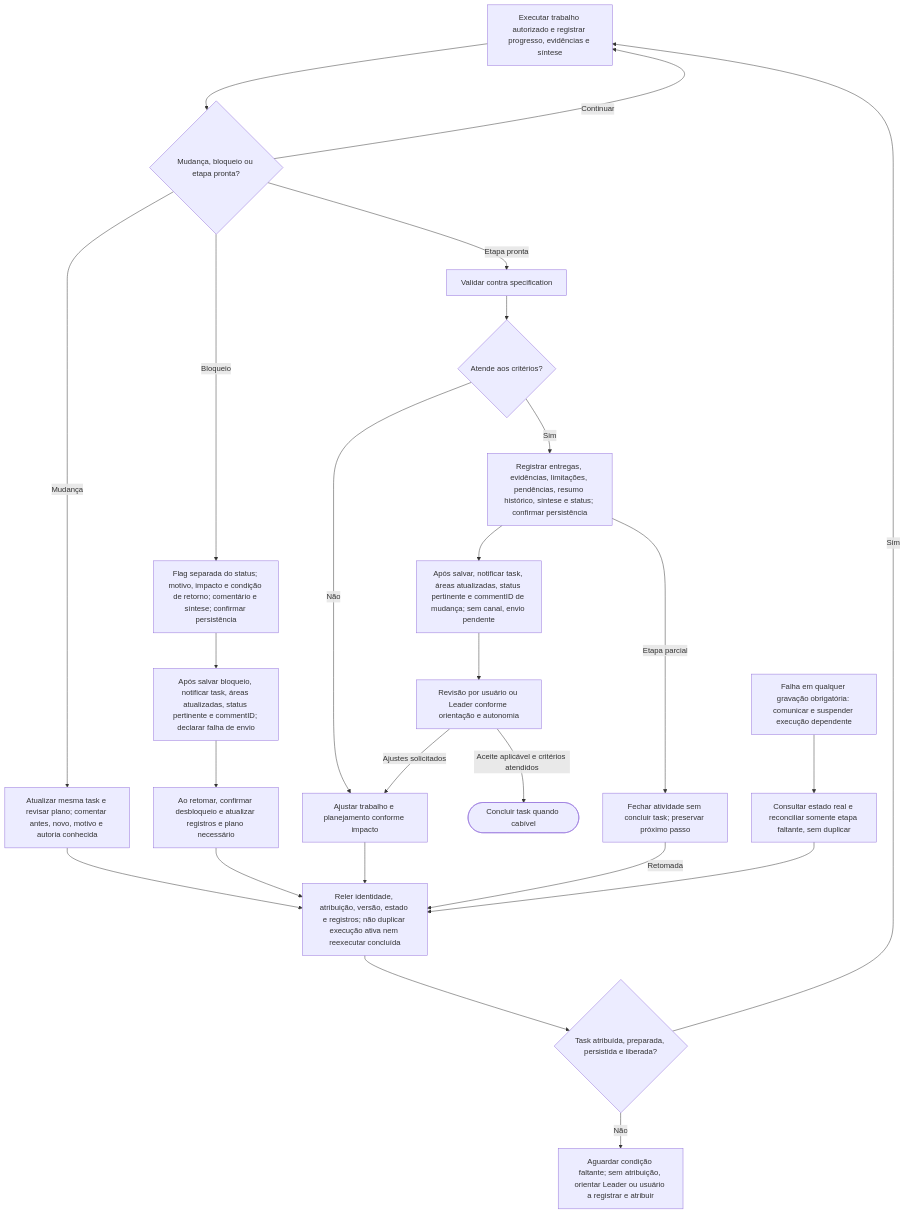
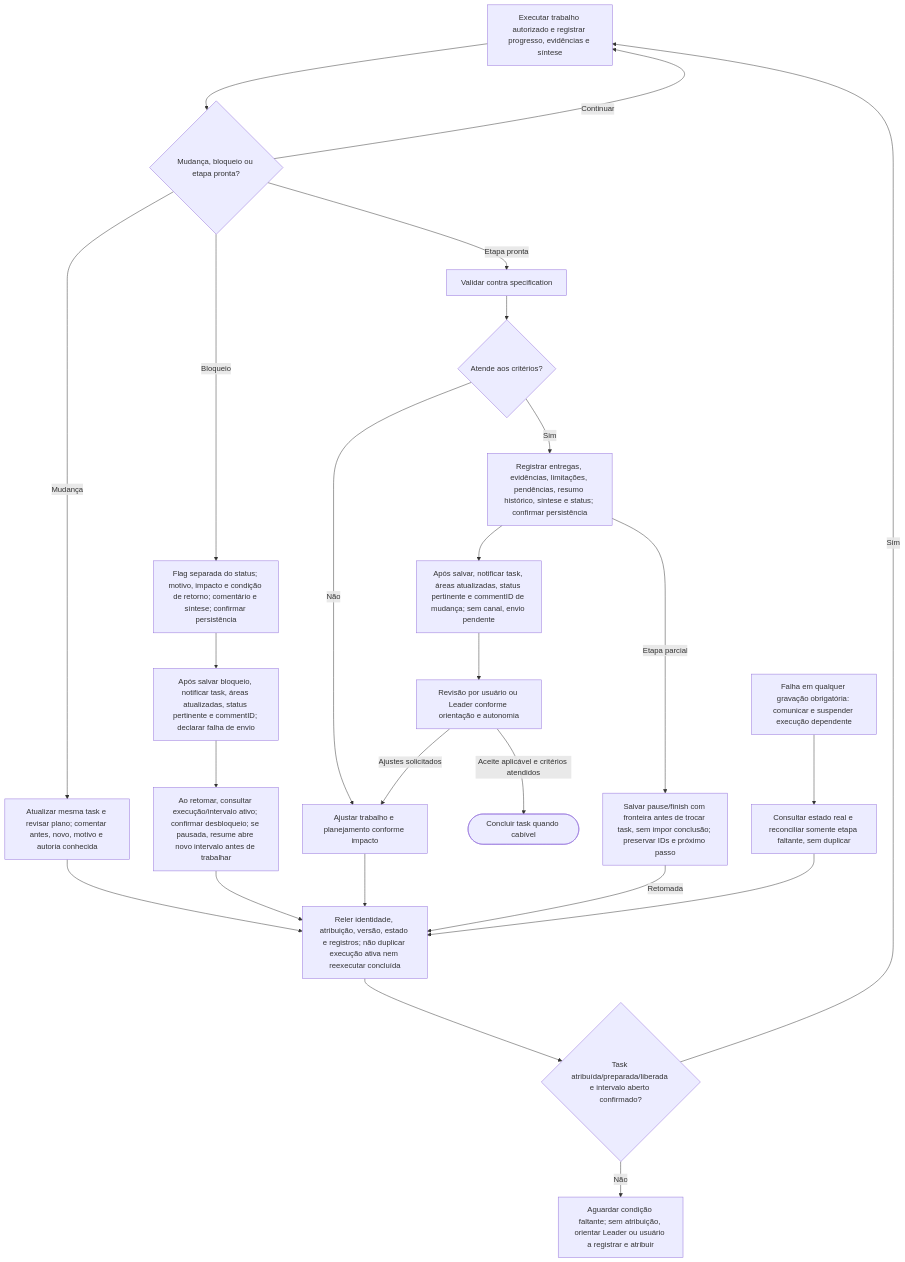
One commit to runvibe/beeteam changed the second of 2 diagrams in docs/collaborator-workflow.md. Above: the diagram before and after it, drawn with Mermaid. The commit also changed other lines of this file and 31 other files, not shown here.

````diff
--- a/docs/collaborator-workflow.md
+++ b/docs/collaborator-workflow.md
@@ -73,27 +74,27 @@
 ```mermaid
 flowchart TD
     TRABALHO["Executar trabalho autorizado e registrar progresso, evidências e síntese"] --> EVENTO{"Mudança, bloqueio ou etapa pronta?"}
     EVENTO -->|Continuar| TRABALHO
     EVENTO -->|Mudança| MUDANCA["Atualizar mesma task e revisar plano; comentar antes, novo, motivo e autoria conhecida"]
     MUDANCA --> REVALIDAR
     EVENTO -->|Bloqueio| BLOQUEIO["Flag separada do status; motivo, impacto e condição de retorno; comentário e síntese; confirmar persistência"]
     BLOQUEIO --> AVISOB["Após salvar bloqueio, notificar task, áreas atualizadas, status pertinente e commentID; declarar falha de envio"]
-    AVISOB --> RETOMADA["Ao retomar, confirmar desbloqueio e atualizar registros e plano necessário"]
+    AVISOB --> RETOMADA["Ao retomar, consultar execução/intervalo ativo; confirmar desbloqueio; se pausada, resume abre novo intervalo antes de trabalhar"]
     RETOMADA --> REVALIDAR
     EVENTO -->|Etapa pronta| TESTAR["Validar contra specification"]
     TESTAR --> RESULTADO{"Atende aos critérios?"}
     RESULTADO -->|Não| AJUSTES["Ajustar trabalho e planejamento conforme impacto"]
     AJUSTES --> REVALIDAR
     RESULTADO -->|Sim| ENTREGA["Registrar entregas, evidências, limitações, pendências, resumo histórico, síntese e status; confirmar persistência"]
     ENTREGA --> AVISOR["Após salvar, notificar task, áreas atualizadas, status pertinente e commentID de mudança; sem canal, envio pendente"]
     AVISOR --> REVISAO["Revisão por usuário ou Leader conforme orientação e autonomia"]
     REVISAO -->|Ajustes solicitados| AJUSTES
     REVISAO -->|Aceite aplicável e critérios atendidos| CONCLUIR(["Concluir task quando cabível"])
-    ENTREGA -->|Etapa parcial| PARCIAL["Fechar atividade sem concluir task; preservar próximo passo"]
+    ENTREGA -->|Etapa parcial| PARCIAL["Salvar pause/finish com fronteira antes de trocar task, sem impor conclusão; preservar IDs e próximo passo"]
     PARCIAL -->|Retomada| REVALIDAR
     FALHA["Falha em qualquer gravação obrigatória: comunicar e suspender execução dependente"] --> RECUPERAR["Consultar estado real e reconciliar somente etapa faltante, sem duplicar"]
     RECUPERAR --> REVALIDAR
-    REVALIDAR["Reler identidade, atribuição, versão, estado e registros; não duplicar execução ativa nem reexecutar concluída"] --> PRONTO{"Task atribuída, preparada, persistida e liberada?"}
+    REVALIDAR["Reler identidade, atribuição, versão, estado e registros; não duplicar execução ativa nem reexecutar concluída"] --> PRONTO{"Task atribuída/preparada/liberada e intervalo aberto confirmado?"}
     PRONTO -->|Sim| TRABALHO
     PRONTO -->|Não| ESPERA["Aguardar condição faltante; sem atribuição, orientar Leader ou usuário a registrar e atribuir"]
 ```
````
